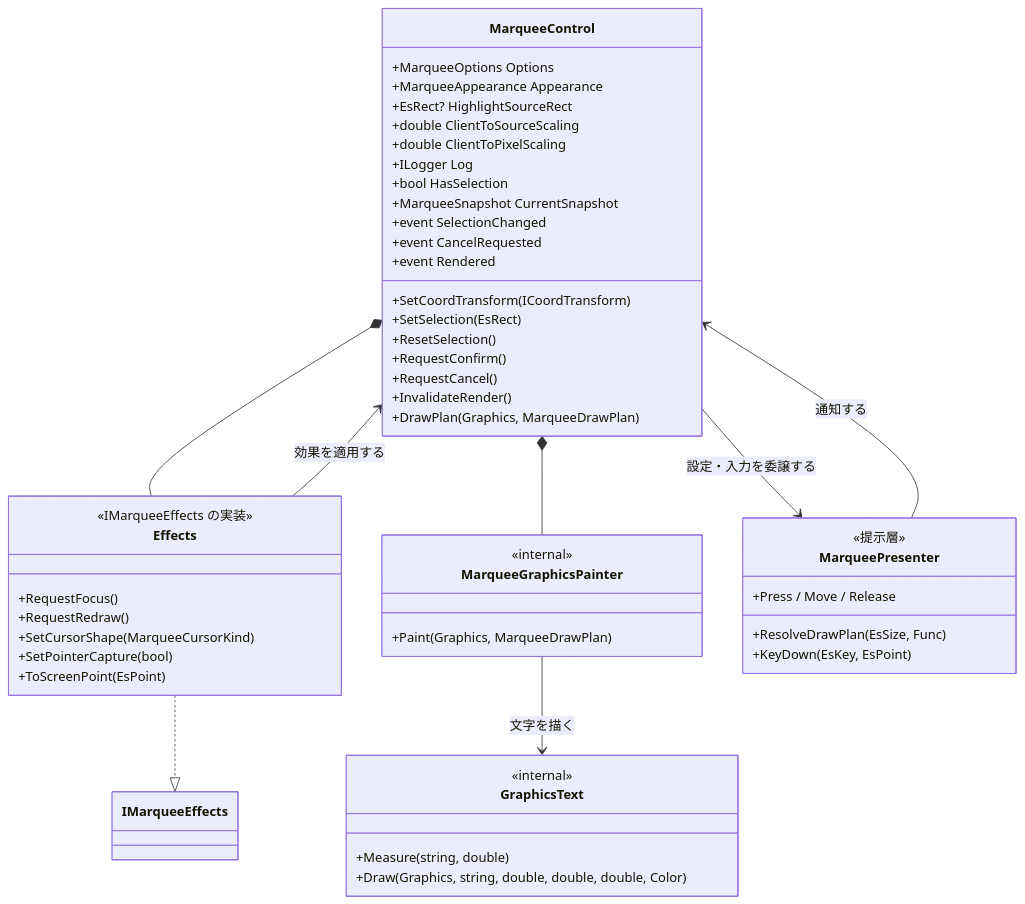
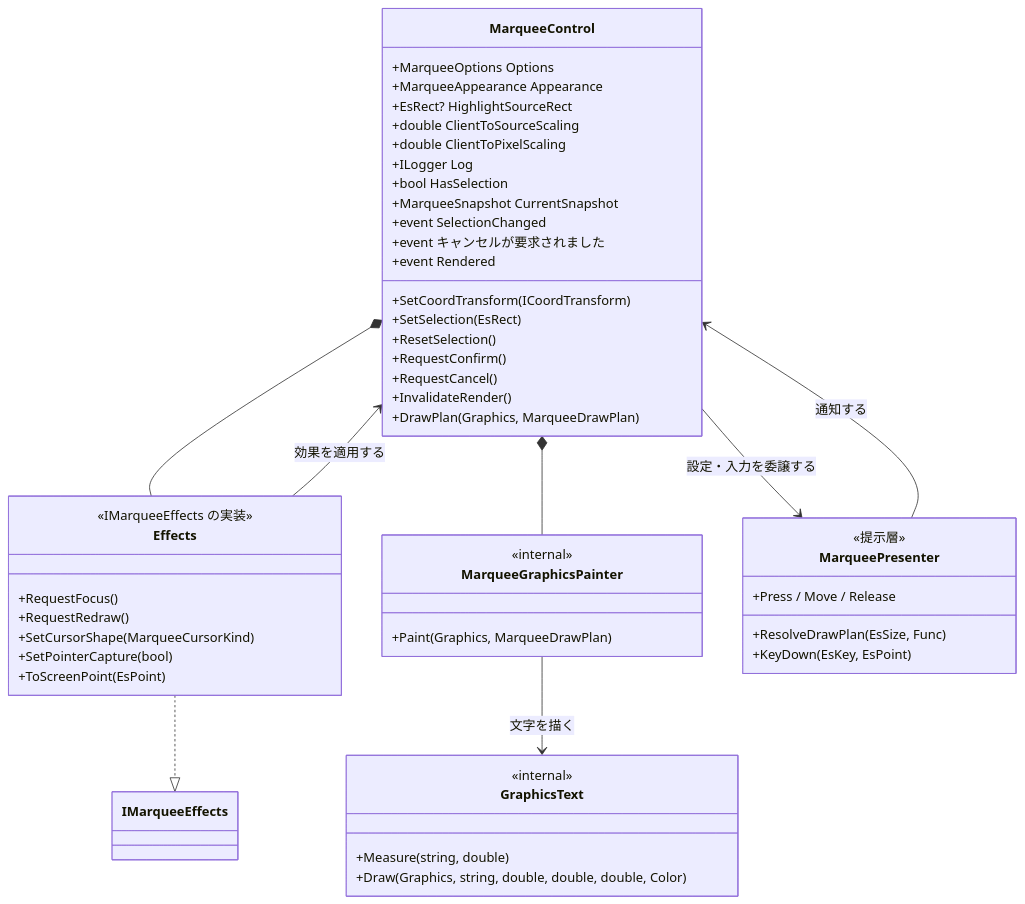
One commit to tomokuni/EsUtil changed the second of 6 diagrams in EsUtil.Ui.WinForms/Marquee/docs/SPEC_System.md. Above: the diagram before and after it, drawn with Mermaid. The commit also changed 57 other files, not shown here.

````diff
--- a/EsUtil.Ui.WinForms/Marquee/docs/SPEC_System.md
+++ b/EsUtil.Ui.WinForms/Marquee/docs/SPEC_System.md
@@ -130,58 +130,58 @@
 ```mermaid
 classDiagram
     class MarqueeControl {
         +MarqueeOptions Options
         +MarqueeAppearance Appearance
         +EsRect? HighlightSourceRect
         +double ClientToSourceScaling
         +double ClientToPixelScaling
         +ILogger Log
         +bool HasSelection
         +MarqueeSnapshot CurrentSnapshot
         +SetCoordTransform(ICoordTransform)
         +SetSelection(EsRect)
         +ResetSelection()
         +RequestConfirm()
         +RequestCancel()
         +InvalidateRender()
         +DrawPlan(Graphics, MarqueeDrawPlan)
         +event SelectionChanged
-        +event CancelRequested
+        +event キャンセルが要求されました
         +event Rendered
     }
 
     class Effects {
         <<IMarqueeEffects の実装>>
         +RequestFocus()
         +RequestRedraw()
         +SetCursorShape(MarqueeCursorKind)
         +SetPointerCapture(bool)
         +ToScreenPoint(EsPoint)
     }
 
     class MarqueeGraphicsPainter {
         <<internal>>
         +Paint(Graphics, MarqueeDrawPlan)
     }
 
     class GraphicsText {
         <<internal>>
         +Measure(string, double)
         +Draw(Graphics, string, double, double, double, Color)
     }
 
     class MarqueePresenter {
         <<提示層>>
         +ResolveDrawPlan(EsSize, Func)
         +Press / Move / Release
         +KeyDown(EsKey, EsPoint)
     }
 
     MarqueeControl *-- Effects
     MarqueeControl *-- MarqueeGraphicsPainter
     Effects ..|> IMarqueeEffects
     Effects --> MarqueeControl : 効果を適用する
     MarqueeGraphicsPainter --> GraphicsText : 文字を描く
     MarqueeControl --> MarqueePresenter : 設定・入力を委譲する
     MarqueePresenter --> MarqueeControl : 通知する
 ```
````
